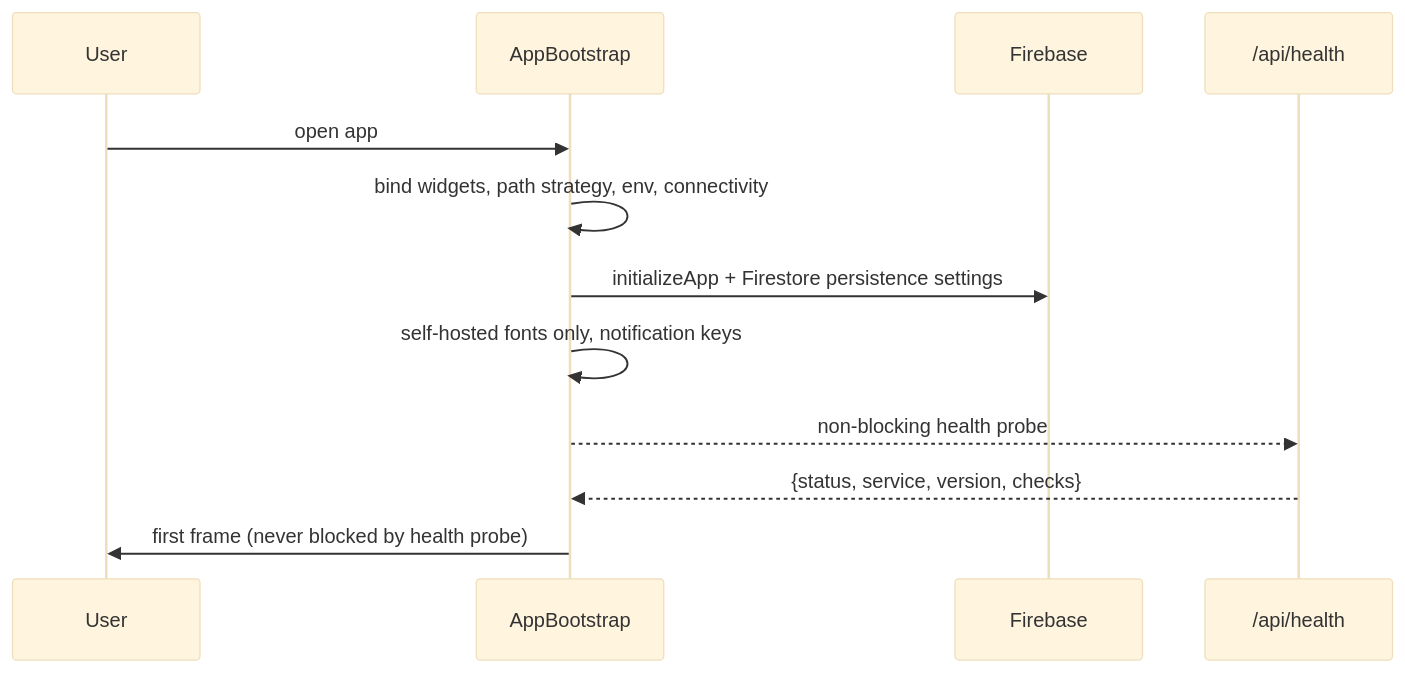
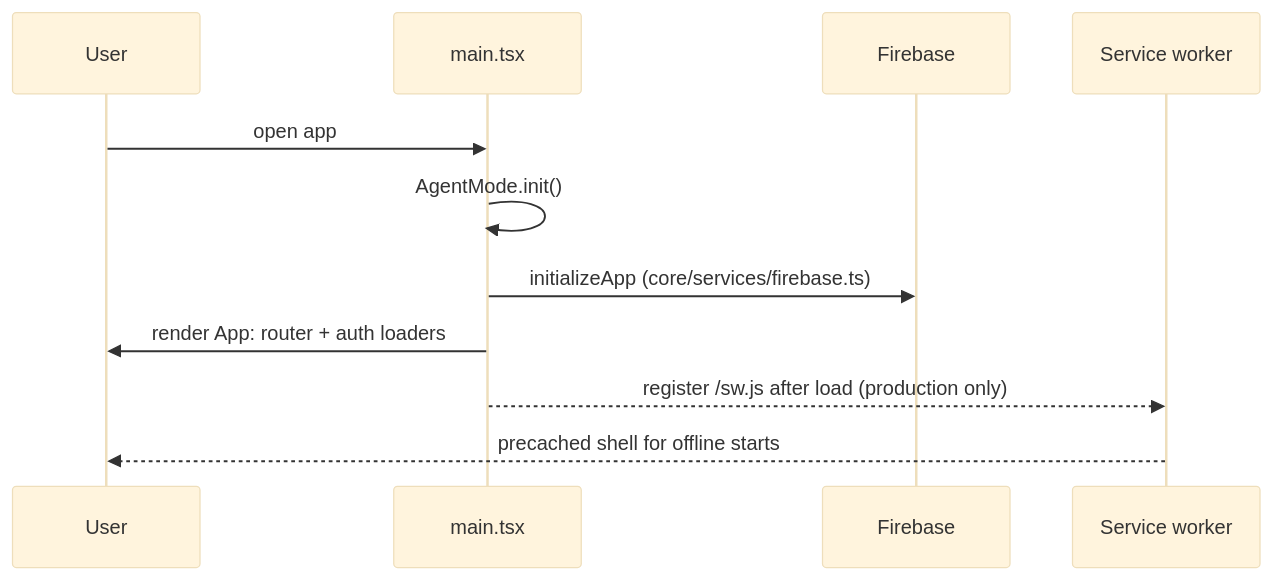
The third of 7 diagrams in docs/ARCHITECTURE.md (khentmoba/Everglow), drawn with Mermaid (base theme) before and after one commit. The commit also changed other lines of this file and 7 other files, not shown here.

````diff
--- a/docs/ARCHITECTURE.md
+++ b/docs/ARCHITECTURE.md
@@ -195,15 +195,14 @@
 ```mermaid
 sequenceDiagram
   participant U as User
-  participant B as AppBootstrap
+  participant M as main.tsx
   participant F as Firebase
-  participant H as /api/health
+  participant SW as Service worker
 
-  U->>B: open app
-  B->>B: bind widgets, path strategy, env, connectivity
-  B->>F: initializeApp + Firestore persistence settings
-  B->>B: self-hosted fonts only, notification keys
-  B-->>H: non-blocking health probe
-  H-->>B: {status, service, version, checks}
-  B->>U: first frame (never blocked by health probe)
+  U->>M: open app
+  M->>M: AgentMode.init()
+  M->>F: initializeApp (core/services/firebase.ts)
+  M->>U: render App: router + auth loaders
+  M-->>SW: register /sw.js after load (production only)
+  SW-->>U: precached shell for offline starts
 ```
````
